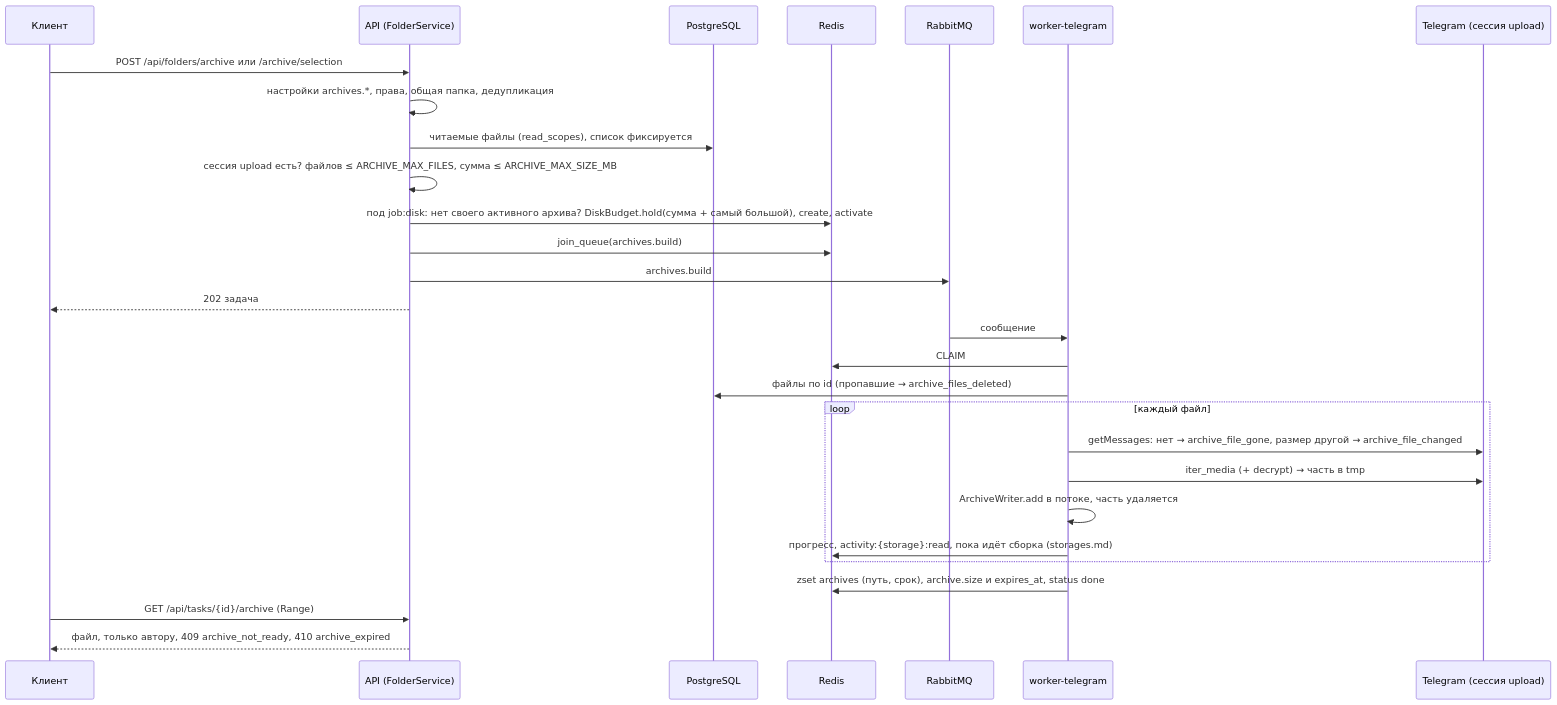
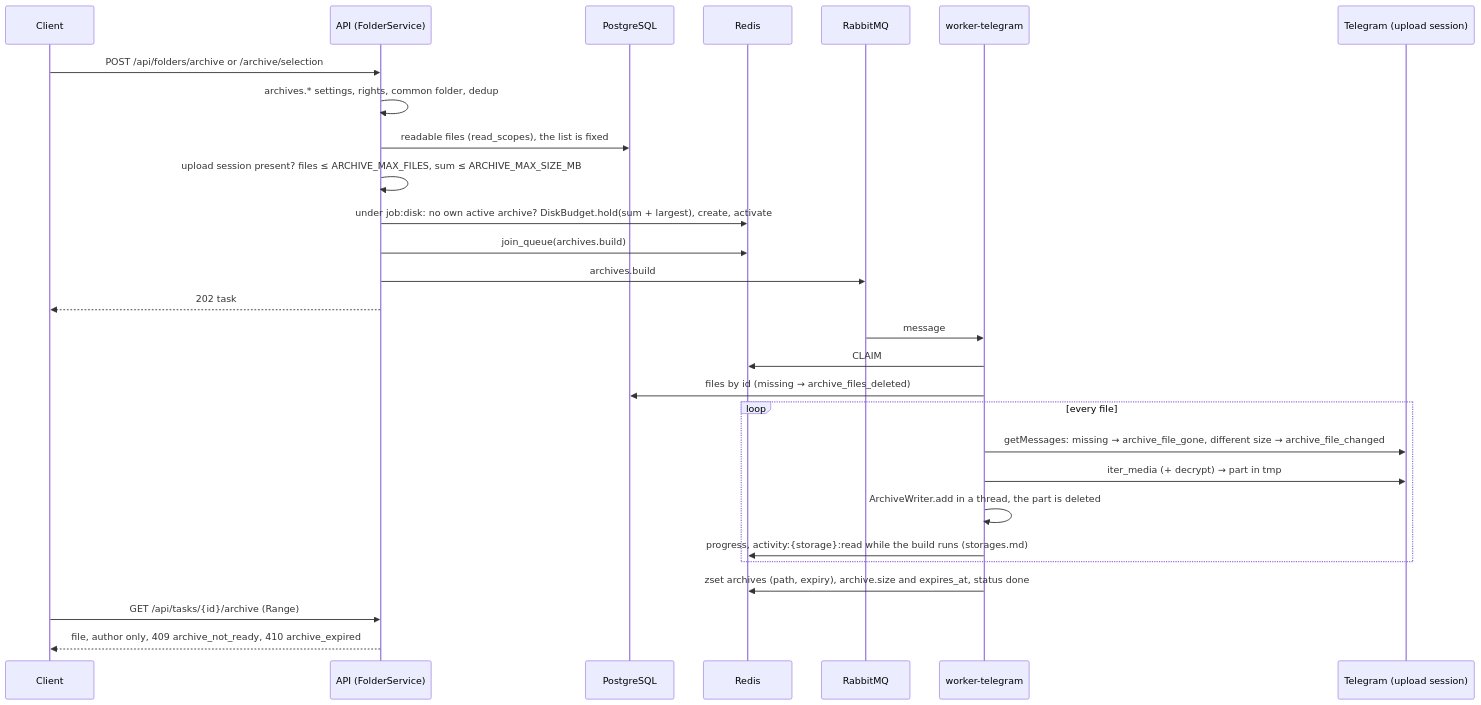
One commit to NikitkaZXC/tcloud-backend changed the second of 3 diagrams in docs/flows/folders-and-files.md. Above: the diagram before and after it, drawn with Mermaid. The commit also changed other lines of this file and 20 other files, not shown here.

````diff
--- a/docs/flows/folders-and-files.md
+++ b/docs/flows/folders-and-files.md
@@ -188,30 +188,30 @@
 ```mermaid
 sequenceDiagram
-    participant C as Клиент
+    participant C as Client
     participant A as API (FolderService)
     participant DB as PostgreSQL
     participant R as Redis
     participant Q as RabbitMQ
     participant T as worker-telegram
-    participant TG as Telegram (сессия upload)
-    C->>A: POST /api/folders/archive или /archive/selection
-    A->>A: настройки archives.*, права, общая папка, дедупликация
-    A->>DB: читаемые файлы (read_scopes), список фиксируется
-    A->>A: сессия upload есть? файлов ≤ ARCHIVE_MAX_FILES, сумма ≤ ARCHIVE_MAX_SIZE_MB
-    A->>R: под job:disk: нет своего активного архива? DiskBudget.hold(сумма + самый большой), create, activate
+    participant TG as Telegram (upload session)
+    C->>A: POST /api/folders/archive or /archive/selection
+    A->>A: archives.* settings, rights, common folder, dedup
+    A->>DB: readable files (read_scopes), the list is fixed
+    A->>A: upload session present? files ≤ ARCHIVE_MAX_FILES, sum ≤ ARCHIVE_MAX_SIZE_MB
+    A->>R: under job:disk: no own active archive? DiskBudget.hold(sum + largest), create, activate
     A->>R: join_queue(archives.build)
     A->>Q: archives.build
-    A-->>C: 202 задача
-    Q->>T: сообщение
+    A-->>C: 202 task
+    Q->>T: message
     T->>R: CLAIM
-    T->>DB: файлы по id (пропавшие → archive_files_deleted)
-    loop каждый файл
-        T->>TG: getMessages: нет → archive_file_gone, размер другой → archive_file_changed
-        T->>TG: iter_media (+ decrypt) → часть в tmp
-        T->>T: ArchiveWriter.add в потоке, часть удаляется
-        T->>R: прогресс, activity:{storage}:read, пока идёт сборка (storages.md)
+    T->>DB: files by id (missing → archive_files_deleted)
+    loop every file
+        T->>TG: getMessages: missing → archive_file_gone, different size → archive_file_changed
+        T->>TG: iter_media (+ decrypt) → part in tmp
+        T->>T: ArchiveWriter.add in a thread, the part is deleted
+        T->>R: progress, activity:{storage}:read while the build runs (storages.md)
     end
-    T->>R: zset archives (путь, срок), archive.size и expires_at, status done
+    T->>R: zset archives (path, expiry), archive.size and expires_at, status done
     C->>A: GET /api/tasks/{id}/archive (Range)
-    A-->>C: файл, только автору, 409 archive_not_ready, 410 archive_expired
+    A-->>C: file, author only, 409 archive_not_ready, 410 archive_expired
 ```
````
